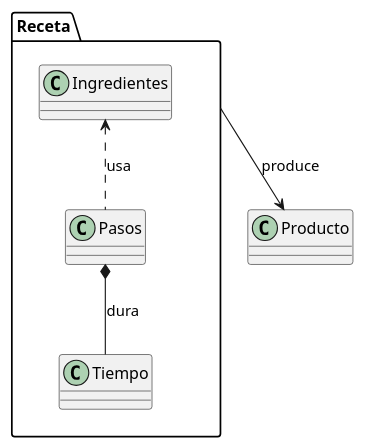
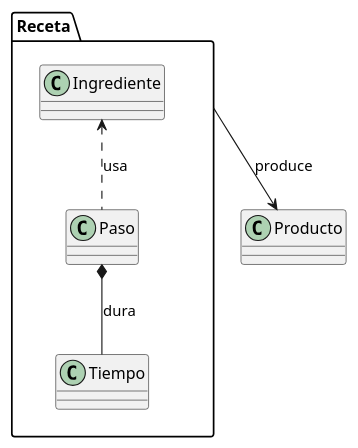
The diagram in evaluaciones/retos/baquedanoBryan/Reto001/DiagramaDeClases.puml (mmasias/25-26-IDSW1), drawn with PlantUML before and after one commit.

Commit message:
Cambie las entidades de plural a singular.

```diff
--- a/evaluaciones/retos/baquedanoBryan/Reto001/DiagramaDeClases.puml
+++ b/evaluaciones/retos/baquedanoBryan/Reto001/DiagramaDeClases.puml
@@ -1,16 +1,16 @@
 @startuml
 left to right direction
 package Receta {
 top to bottom direction
 
-    class Ingredientes
-    class Pasos
+    class Ingrediente
+    class Paso
     class Tiempo
 
-    Ingredientes <.. Pasos: usa
-    Pasos *-- Tiempo: dura
+    Ingrediente <.. Paso: usa
+    Paso *-- Tiempo: dura
 
 }
 Receta --> Producto : produce
 class Producto
 @enduml
```
